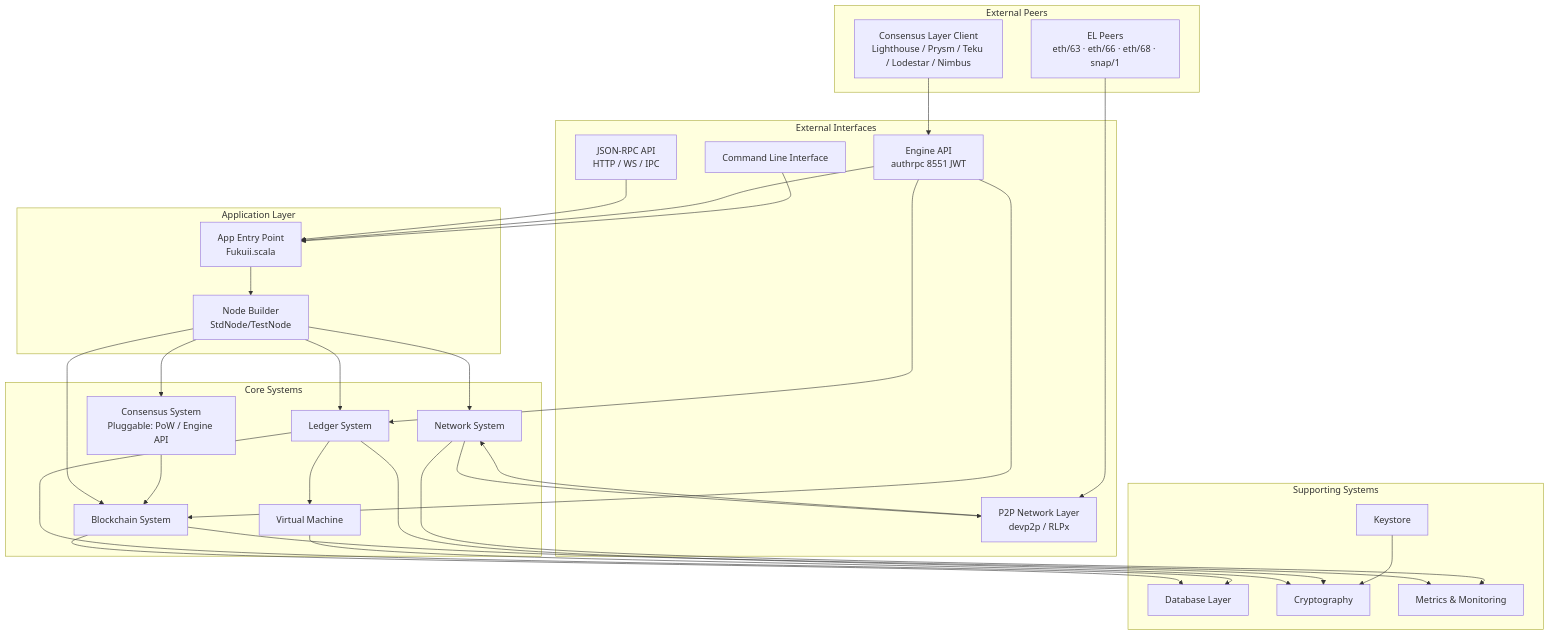
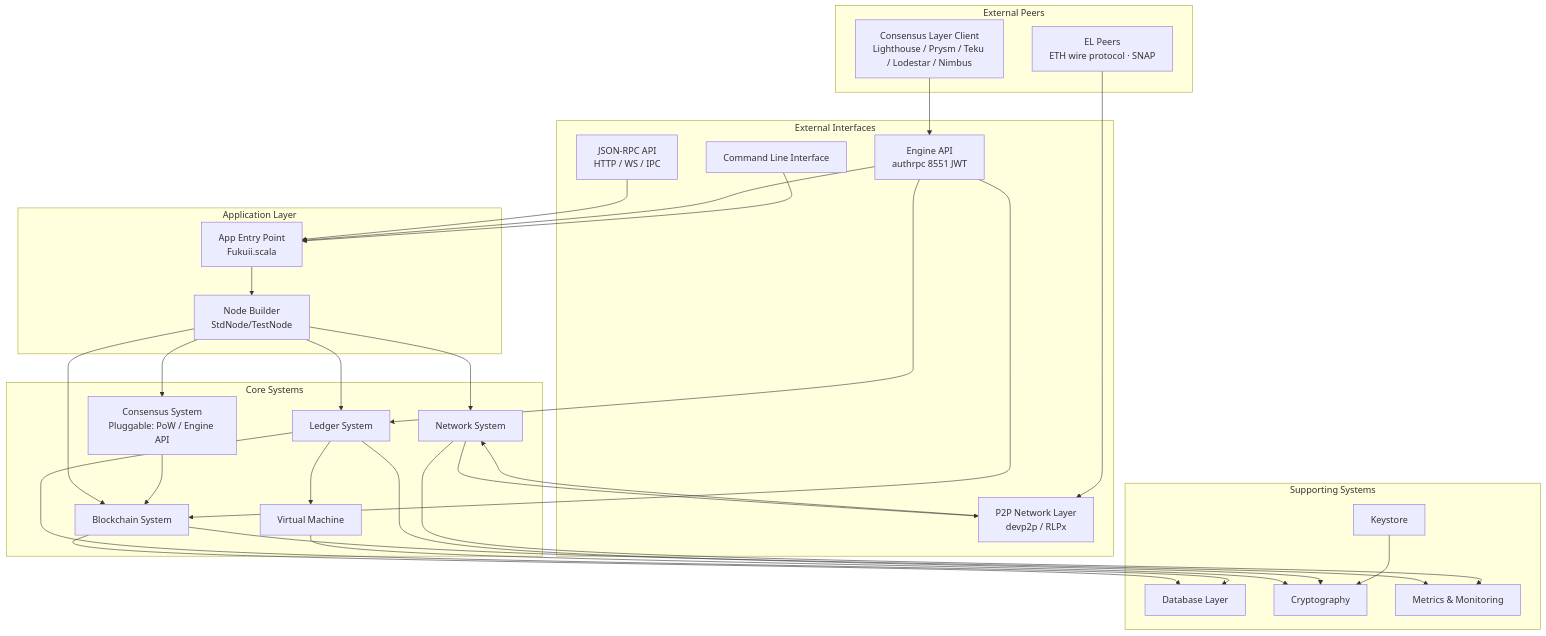
The first of 13 diagrams in docs/architecture/architecture-overview.md (chippr-robotics/fukuii), drawn with Mermaid before and after one commit. The commit also changed other lines of this file and 294 other files, not shown here.

````diff
--- a/docs/architecture/architecture-overview.md
+++ b/docs/architecture/architecture-overview.md
@@ -48,63 +48,63 @@
 ```mermaid
 graph TB
     subgraph "External Interfaces"
         JSONRPC[JSON-RPC API<br/>HTTP / WS / IPC]
         ENGINE[Engine API<br/>authrpc 8551 JWT]
         CLI[Command Line Interface]
         P2P[P2P Network Layer<br/>devp2p / RLPx]
     end
 
     subgraph "External Peers"
         CL[Consensus Layer Client<br/>Lighthouse / Prysm / Teku / Lodestar / Nimbus]
-        ELPEERS[EL Peers<br/>eth/63 · eth/66 · eth/68 · snap/1]
+        ELPEERS[EL Peers<br/>ETH wire protocol · SNAP]
     end
 
     subgraph "Application Layer"
         APP[App Entry Point<br/>Fukuii.scala]
         NODE[Node Builder<br/>StdNode/TestNode]
     end
 
     subgraph "Core Systems"
         BLOCKCHAIN[Blockchain System]
         CONSENSUS[Consensus System<br/>Pluggable: PoW / Engine API]
         NETWORK[Network System]
         LEDGER[Ledger System]
         VM[Virtual Machine]
     end
 
     subgraph "Supporting Systems"
         DB[Database Layer]
         CRYPTO[Cryptography]
         KEYSTORE[Keystore]
         METRICS[Metrics & Monitoring]
     end
 
     CL --> ENGINE
     ELPEERS --> P2P
 
     JSONRPC --> APP
     ENGINE --> APP
     ENGINE --> LEDGER
     ENGINE --> BLOCKCHAIN
     CLI --> APP
     P2P --> NETWORK
 
     APP --> NODE
     NODE --> BLOCKCHAIN
     NODE --> CONSENSUS
     NODE --> NETWORK
     NODE --> LEDGER
 
     BLOCKCHAIN --> DB
     LEDGER --> VM
     LEDGER --> DB
     CONSENSUS --> BLOCKCHAIN
     NETWORK --> P2P
 
     VM --> CRYPTO
     LEDGER --> CRYPTO
     KEYSTORE --> CRYPTO
 
     BLOCKCHAIN --> METRICS
     NETWORK --> METRICS
 ```
````
